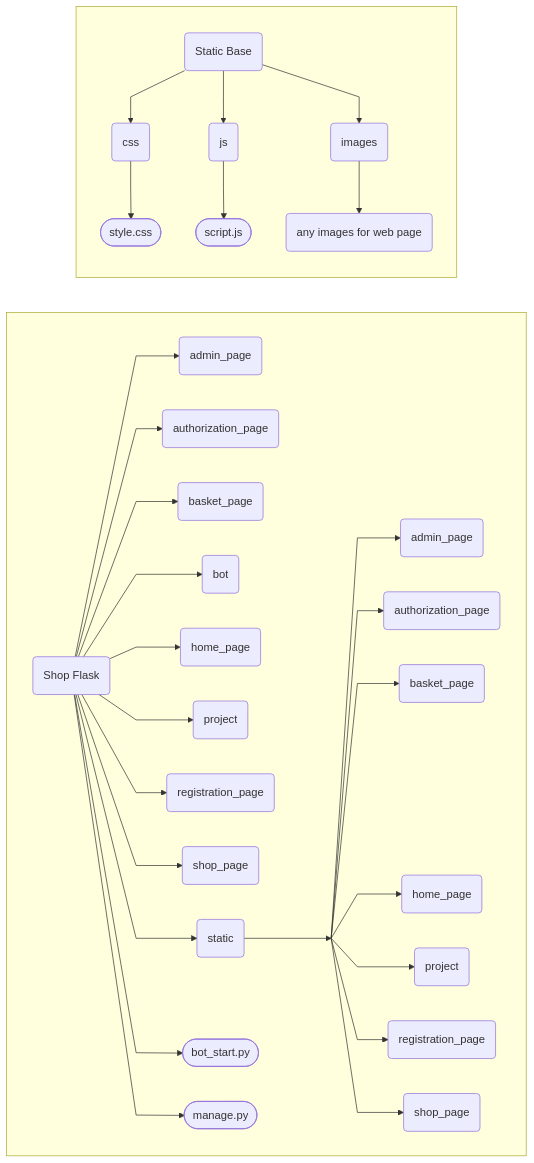
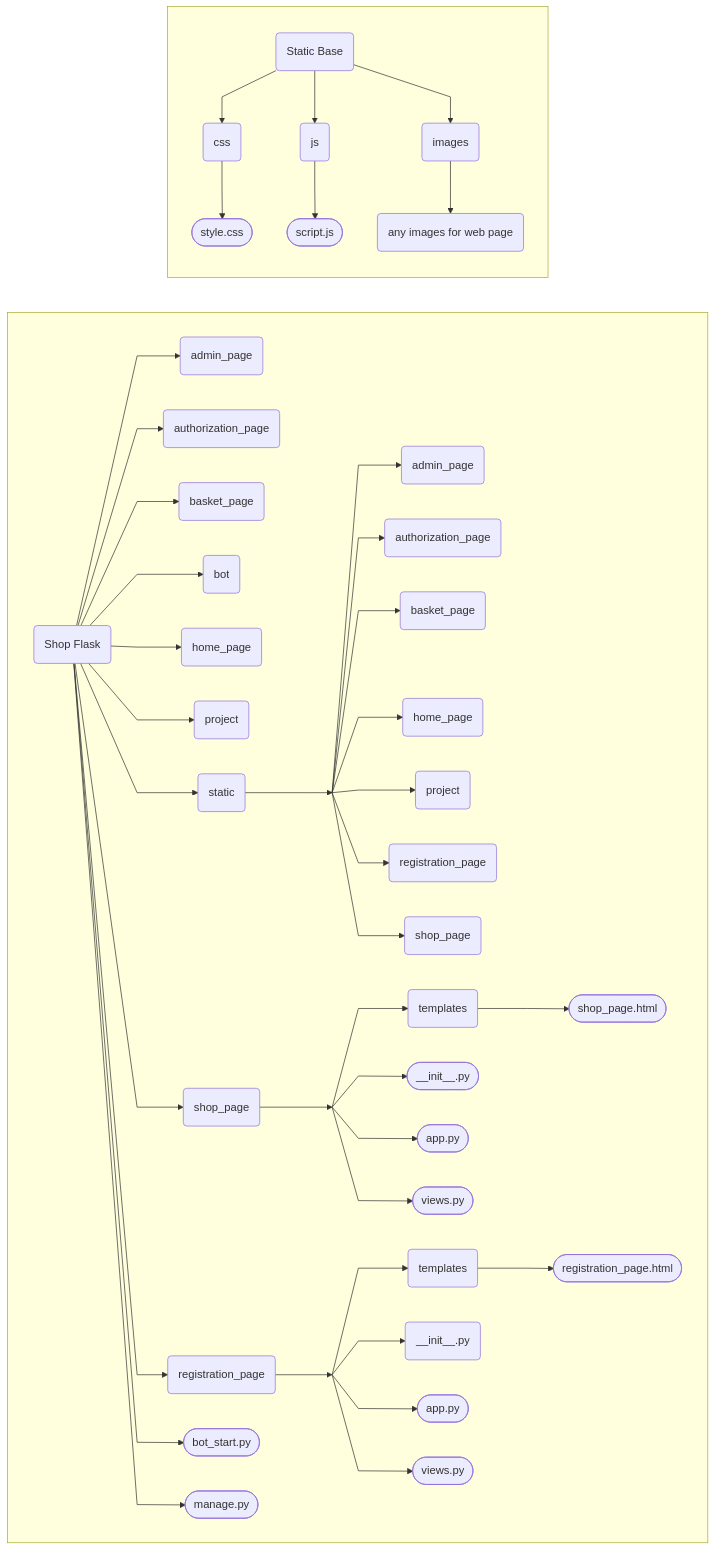
Before and after one commit to TereshonokMaksim/Shop-Flask: the diagram in README.md, drawn with Mermaid.

Commit message:
Test 7 md fix

````diff
--- a/README.md
+++ b/README.md
@@ -176,46 +176,65 @@
 ```mermaid
 %%{ init : { "theme" : "default", "flowchart" : { "curve" : "linear" } }}%%
 
 flowchart LR
 
 subgraph YBase[" "]
-direction LR
+    direction LR
     A(Shop Flask) --> L(admin_page)
     A(Shop Flask) --> K(authorization_page)
     A(Shop Flask) --> J(basket_page)
     A(Shop Flask) --> I(bot)
     A(Shop Flask) --> H(home_page)
     A(Shop Flask) --> G(project)
     A(Shop Flask) --> F(registration_page)
     A(Shop Flask) --> E(shop_page)
     A(Shop Flask) --> D(static)
     A(Shop Flask) --> C([bot_start.py])
     A(Shop Flask) --> B([manage.py])
 
-    %% Static part 
 
     DA(static dummy):::hidden --> DB(admin_page)
     DA(static dummy):::hidden --> DC(authorization_page)
     DA(static dummy):::hidden --> DD(basket_page)
     DA(static dummy):::hidden --> DE(home_page)
     DA(static dummy):::hidden --> DF(project)
     DA(static dummy):::hidden --> DG(registration_page)
     DA(static dummy):::hidden --> DH(shop_page)
 
     D --> DA
 
+
+    EA(shop_page dummy):::hidden --> EB(templates)
+    EA(shop_page dummy):::hidden --> EC([__init__.py])
+    EA(shop_page dummy):::hidden --> ED([app.py])
+    EA(shop_page dummy):::hidden --> EE([views.py])
+    EB(templates) --> EF([shop_page.html])
+
+    E --> EA
+
+
+    FA(reg page dummy):::hidden --> FB(templates)
+    FA(reg page dummy):::hidden --> FC(__init__.py)
+    FA(reg page dummy):::hidden --> FD([app.py])
+    FA(reg page dummy):::hidden --> FE([views.py])
+    FB(templates) --> FF([registration_page.html])
+
+    F --> FA
+
+    %% 
+
     classDef hidden display: none;
 end
 
 subgraph Ystatic[" "]
-direction TD
+    direction TD
     DY(Static Base) --> DYA(css)
     DY(Static Base) --> DYB(js)
     DY(Static Base) --> DYC(images)
 
     DYA(css) --> DYAA([style.css])
     DYB(js) --> DYBA([script.js])
     DYC(images) --> DYCA(any images for web page)
 end
 
 ```
````
